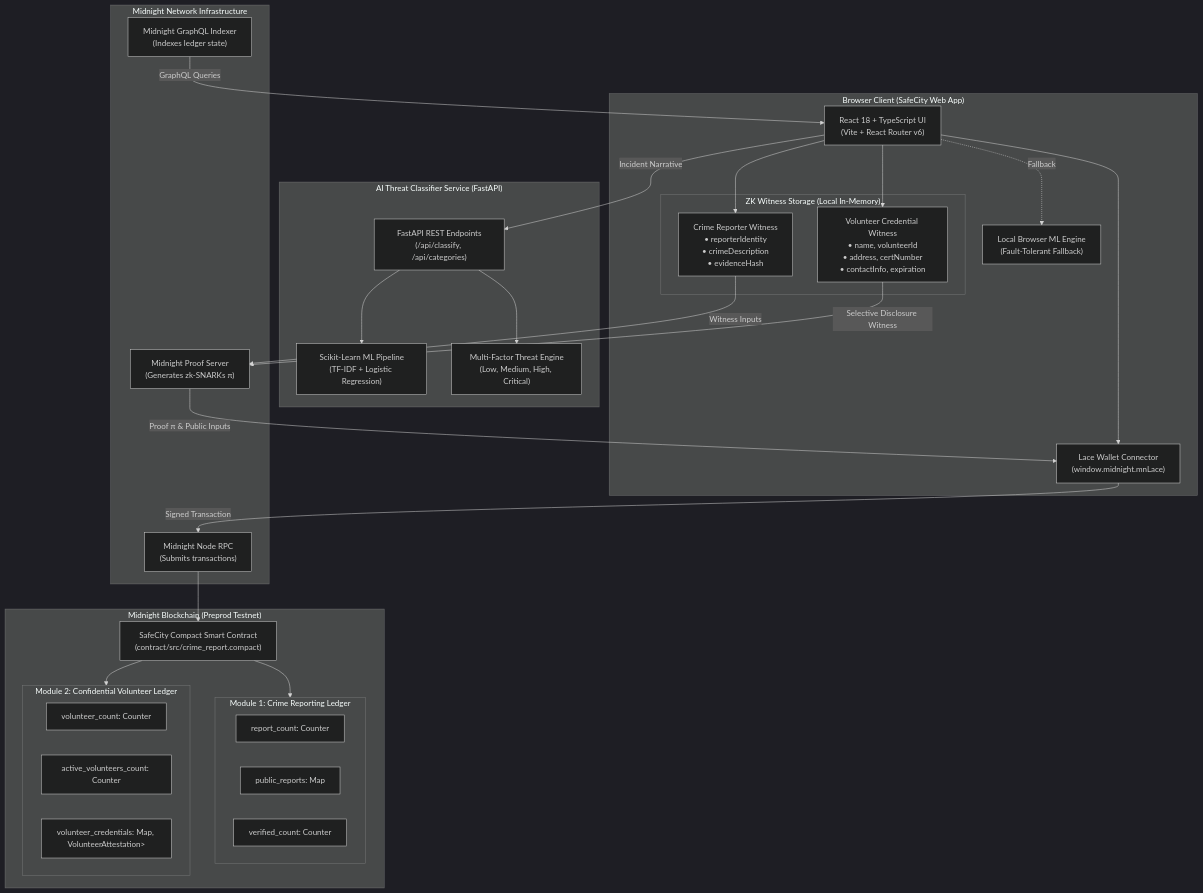
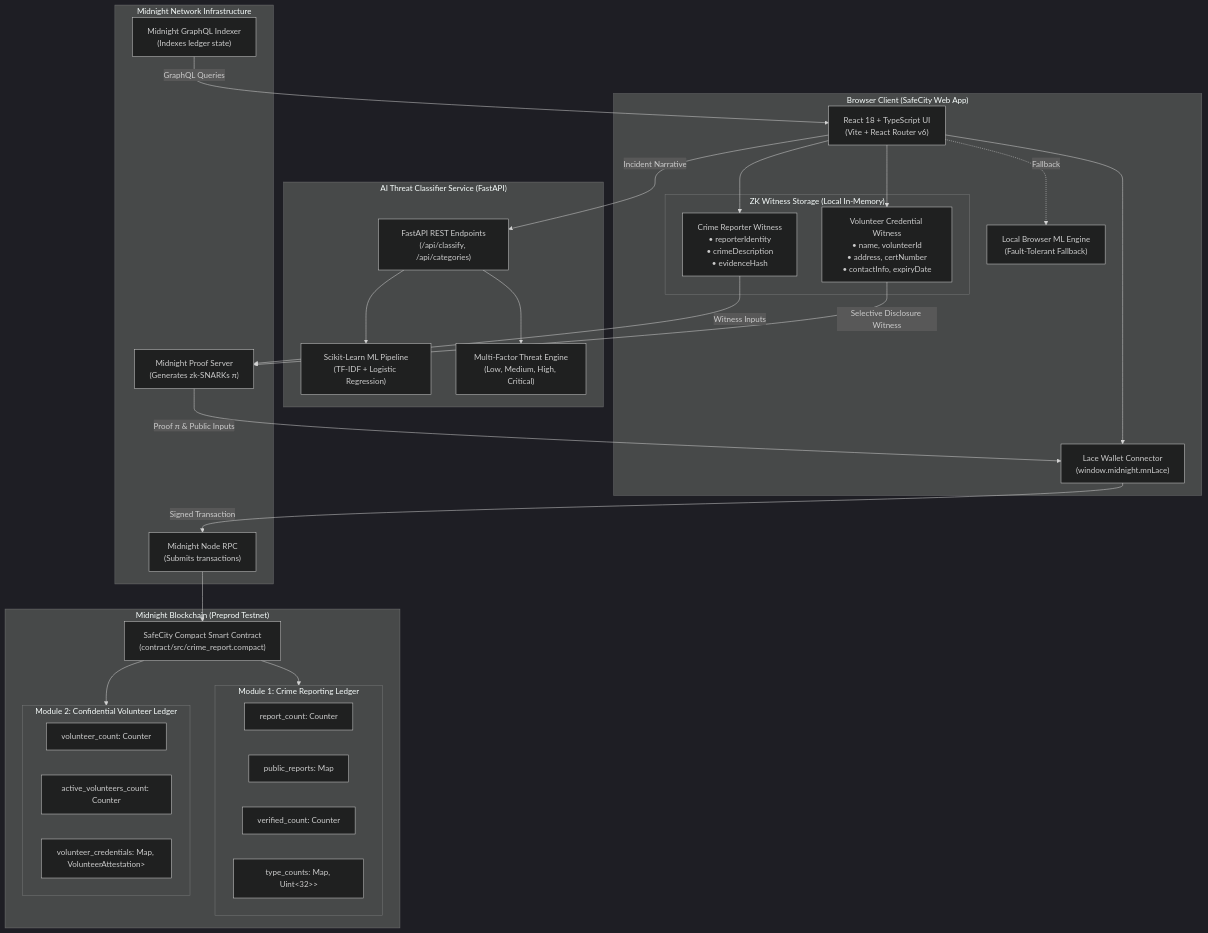
One commit to gourish02/Anonymous-Crime-Reporting changed the first of 2 diagrams in README.md. Above: the diagram before and after it, drawn with Mermaid (dark theme). The commit also changed other lines of this file, not shown here.

````diff
--- a/README.md
+++ b/README.md
@@ -135,60 +95,61 @@
 ```mermaid
 flowchart TB
     subgraph Client["Browser Client (SafeCity Web App)"]
         UI["React 18 + TypeScript UI\n(Vite + React Router v6)"]
         Lace["Lace Wallet Connector\n(window.midnight.mnLace)"]
         LocalML["Local Browser ML Engine\n(Fault-Tolerant Fallback)"]
         
         subgraph ClientWitnesses["ZK Witness Storage (Local In-Memory)"]
             RepWitness["Crime Reporter Witness\n• reporterIdentity\n• crimeDescription\n• evidenceHash"]
-            VolWitness["Volunteer Credential Witness\n• name, volunteerId\n• address, certNumber\n• contactInfo, expiration"]
+            VolWitness["Volunteer Credential Witness\n• name, volunteerId\n• address, certNumber\n• contactInfo, expiryDate"]
         end
         
         UI --> Lace
         UI --> RepWitness
         UI --> VolWitness
         UI -.->|Fallback| LocalML
     end
 
     subgraph AIService["AI Threat Classifier Service (FastAPI)"]
         API["FastAPI REST Endpoints\n(/api/classify, /api/categories)"]
         SKLearn["Scikit-Learn ML Pipeline\n(TF-IDF + Logistic Regression)"]
         RiskEngine["Multi-Factor Threat Engine\n(Low, Medium, High, Critical)"]
         
         API --> SKLearn
         API --> RiskEngine
     end
 
     subgraph MidnightNetwork["Midnight Network Infrastructure"]
         ProofServer["Midnight Proof Server\n(Generates zk-SNARKs π)"]
         Indexer["Midnight GraphQL Indexer\n(Indexes ledger state)"]
         NodeRPC["Midnight Node RPC\n(Submits transactions)"]
     end
 
     subgraph OnChain["Midnight Blockchain (Preprod Testnet)"]
         CompactContract["SafeCity Compact Smart Contract\n(contract/src/crime_report.compact)"]
         
         subgraph Mod1State["Module 1: Crime Reporting Ledger"]
             RepCount["report_count: Counter"]
             PubReports["public_reports: Map<Field, PublicReport>"]
             VerCount["verified_count: Counter"]
+            TypeCount["type_counts: Map<Uint<8>, Uint<32>>"]
         end
 
         subgraph Mod2State["Module 2: Confidential Volunteer Ledger"]
             VolCount["volunteer_count: Counter"]
             ActiveVolCount["active_volunteers_count: Counter"]
             VolMap["volunteer_credentials: Map<Bytes<32>, VolunteerAttestation>"]
         end
 
         CompactContract --> Mod1State
         CompactContract --> Mod2State
     end
 
     UI -->|Incident Narrative| API
     RepWitness -->|Witness Inputs| ProofServer
     VolWitness -->|Selective Disclosure Witness| ProofServer
     ProofServer -->|Proof π & Public Inputs| Lace
     Lace -->|Signed Transaction| NodeRPC
     NodeRPC --> CompactContract
     Indexer -->|GraphQL Queries| UI
 ```
````
